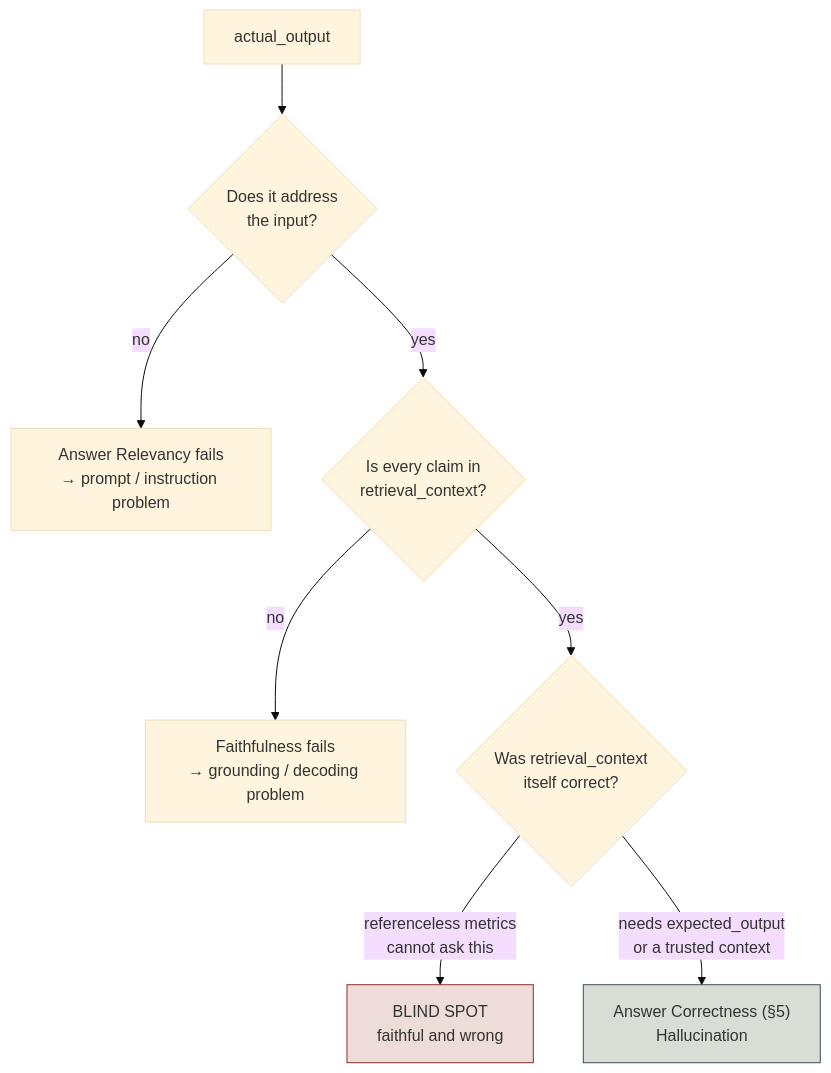
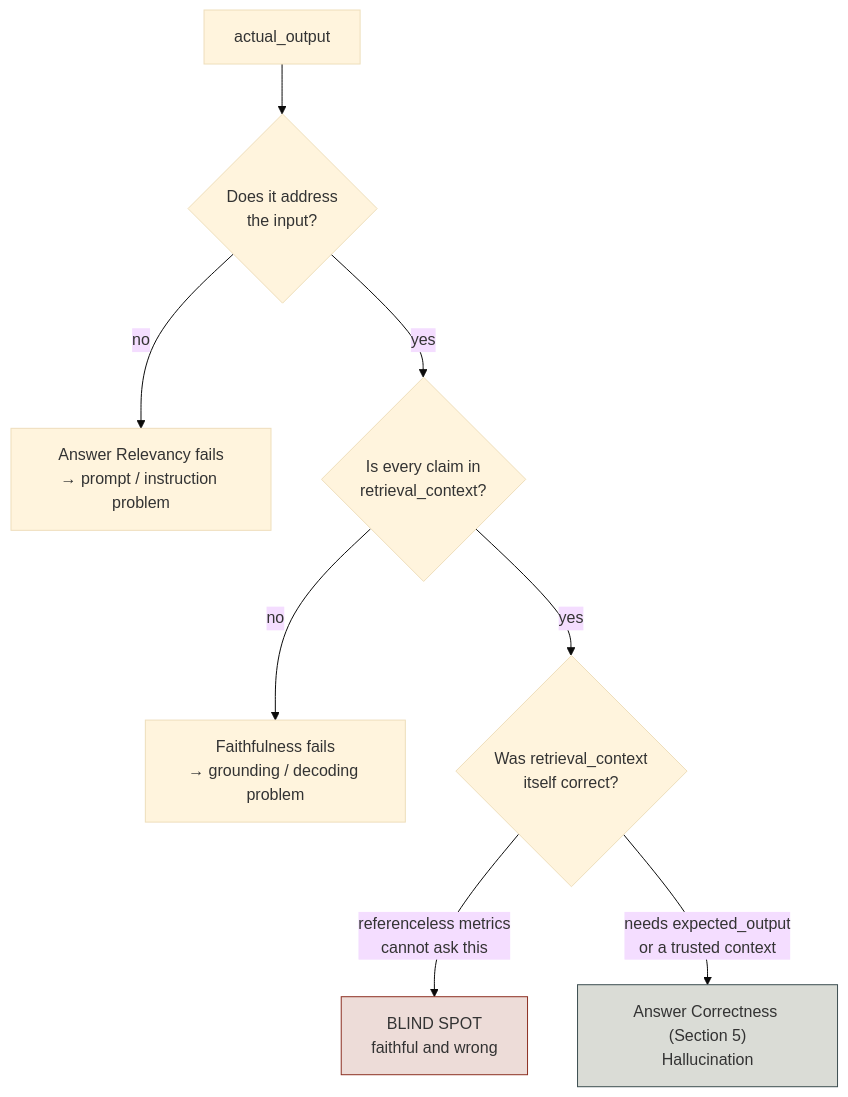
One commit to Sourav692/Agent_Evaluation_Demystified changed the fourth of 6 diagrams in docs/roadmap-explainers/01-rag-retrieval-and-generation.md. Above: the diagram before and after it, drawn with Mermaid (base theme). The commit also changed other lines of this file and 1 other file, not shown here.

````diff
--- a/docs/roadmap-explainers/01-rag-retrieval-and-generation.md
+++ b/docs/roadmap-explainers/01-rag-retrieval-and-generation.md
@@ -339,13 +339,13 @@
 ```mermaid
 flowchart TD
     A["actual_output"] --> Q1{"Does it address<br/>the input?"}
     Q1 -->|no| AR["Answer Relevancy fails<br/>→ prompt / instruction problem"]
     Q1 -->|yes| Q2{"Is every claim in<br/>retrieval_context?"}
     Q2 -->|no| FA["Faithfulness fails<br/>→ grounding / decoding problem"]
     Q2 -->|yes| Q3{"Was retrieval_context<br/>itself correct?"}
     Q3 -->|"referenceless metrics<br/>cannot ask this"| BLIND["BLIND SPOT<br/>faithful and wrong"]
-    Q3 -->|"needs expected_output<br/>or a trusted context"| AC["Answer Correctness (§5)<br/>Hallucination"]
+    Q3 -->|"needs expected_output<br/>or a trusted context"| AC["Answer Correctness (Section 5)<br/>Hallucination"]
 
     style BLIND fill:#EDDCD8,stroke:#8C2F22
     style AC fill:#DADCD6,stroke:#3C4E51
 ```
````
